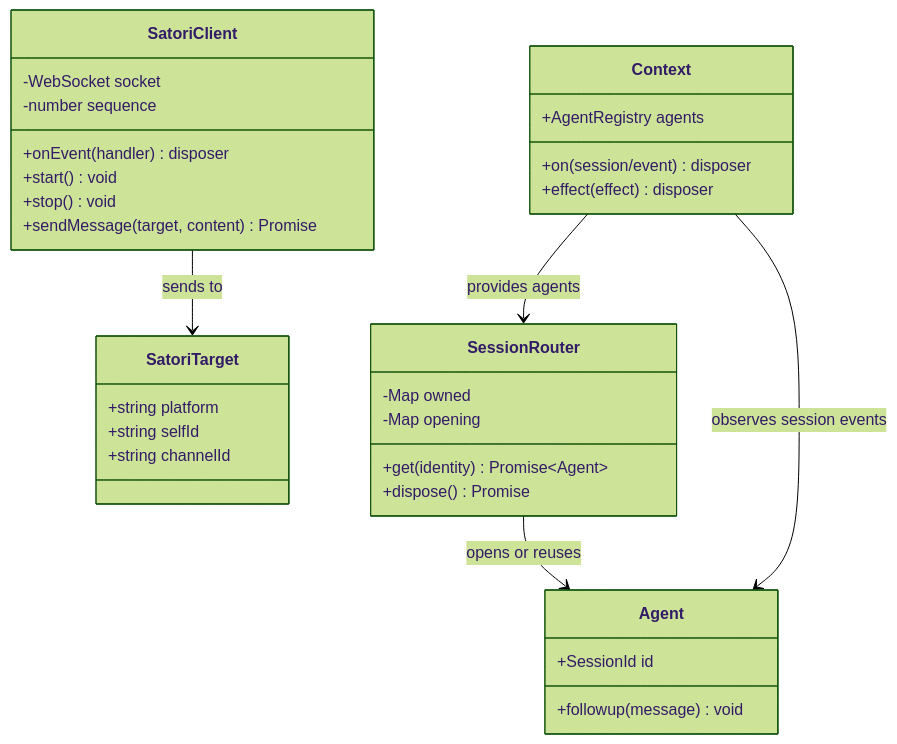
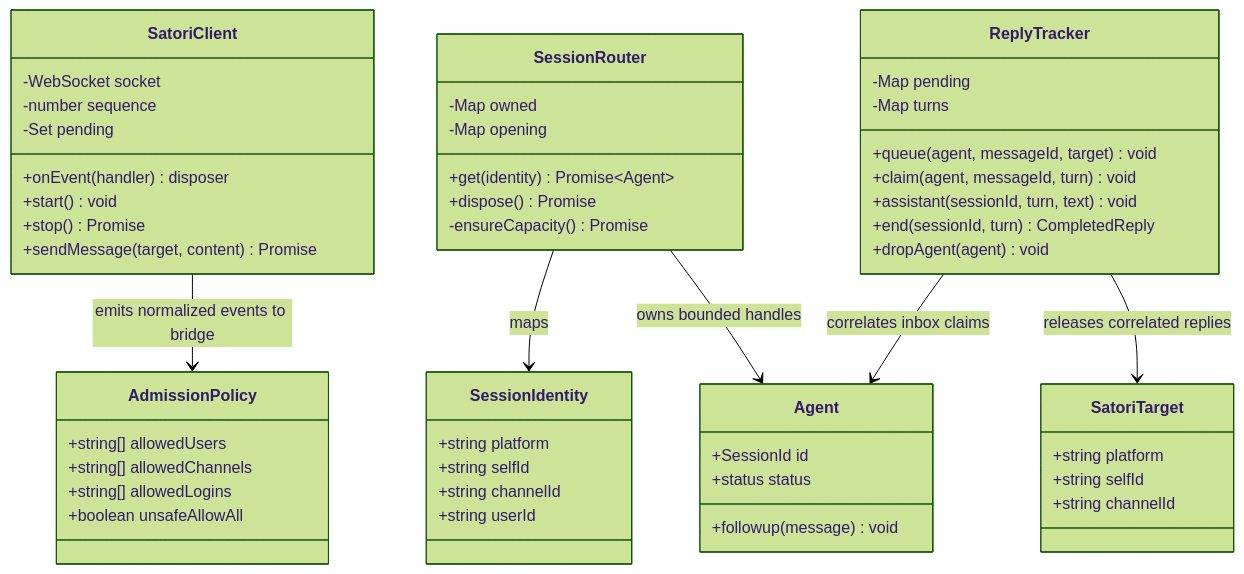
One commit to Ri0n72Y/dsh-satori changed the diagram in docs/uml.md. Above: the diagram before and after it, drawn with Mermaid (forest theme). The commit also changed 19 other files, not shown here.

Commit message:
fix: harden Satori bridge lifecycle and routing

````diff
--- a/docs/uml.md
+++ b/docs/uml.md
@@ -3,40 +3,62 @@
 ```mermaid
 classDiagram
     class SatoriClient {
         -WebSocket socket
         -number sequence
+        -Set pending
         +onEvent(handler) disposer
         +start() void
-        +stop() void
+        +stop() Promise
         +sendMessage(target, content) Promise
     }
 
     class SessionRouter {
         -Map owned
         -Map opening
         +get(identity) Promise~Agent~
         +dispose() Promise
+        -ensureCapacity() Promise
+    }
+
+    class ReplyTracker {
+        -Map pending
+        -Map turns
+        +queue(agent, messageId, target) void
+        +claim(agent, messageId, turn) void
+        +assistant(sessionId, turn, text) void
+        +end(sessionId, turn) CompletedReply
+        +dropAgent(agent) void
+    }
+
+    class AdmissionPolicy {
+        +string[] allowedUsers
+        +string[] allowedChannels
+        +string[] allowedLogins
+        +boolean unsafeAllowAll
     }
 
     class SatoriTarget {
         +string platform
         +string selfId
         +string channelId
     }
 
+    class SessionIdentity {
+        +string platform
+        +string selfId
+        +string channelId
+        +string userId
+    }
+
     class Agent {
         +SessionId id
         +followup(message) void
+        +status status
     }
 
-    class Context {
-        +AgentRegistry agents
-        +on(session/event) disposer
-        +effect(effect) disposer
-    }
-
-    SatoriClient --> SatoriTarget : sends to
-    SessionRouter --> Agent : opens or reuses
-    Context --> SessionRouter : provides agents
-    Context --> Agent : observes session events
+    SatoriClient --> AdmissionPolicy : emits normalized events to bridge
+    SessionRouter --> SessionIdentity : maps
+    SessionRouter --> Agent : owns bounded handles
+    ReplyTracker --> SatoriTarget : releases correlated replies
+    ReplyTracker --> Agent : correlates inbox claims
 ```
````
